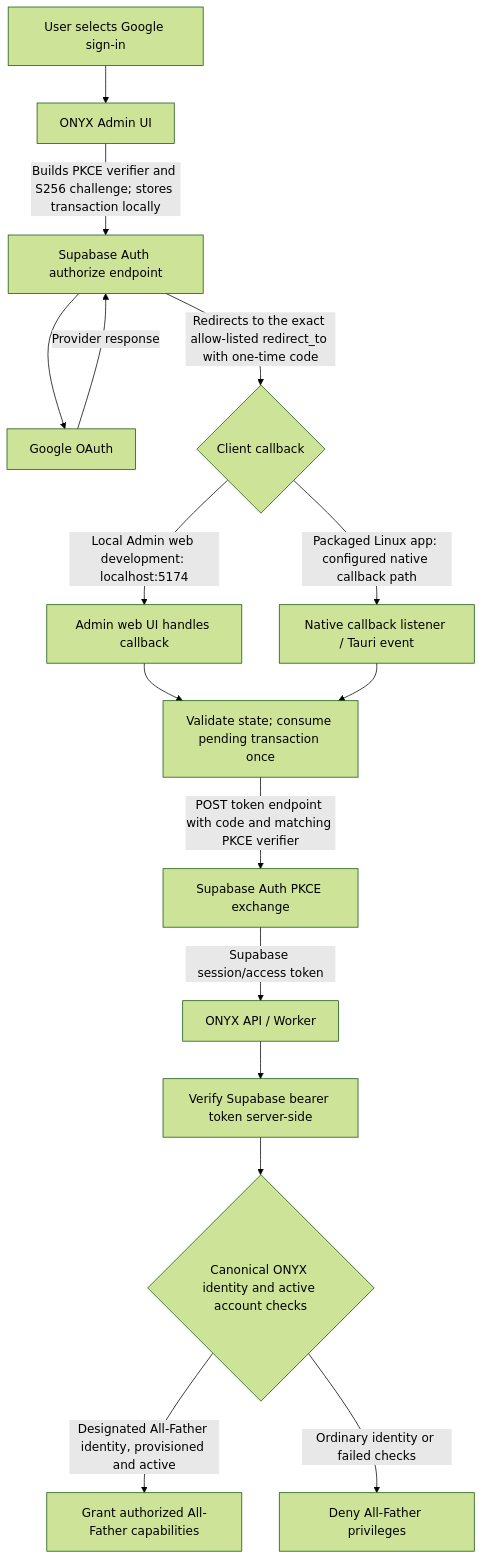
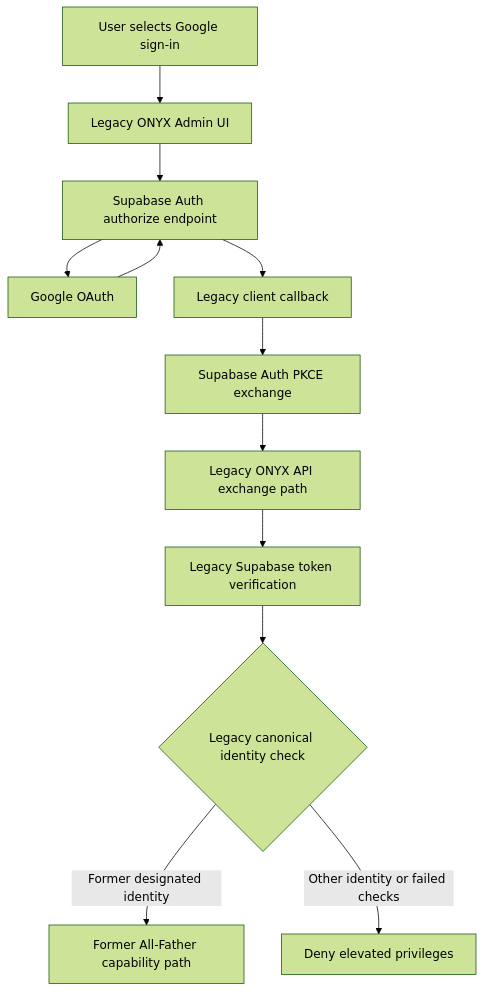
One commit to SMozaff/Onyx-Framework changed the diagram in docs/authentication/GOOGLE_OAUTH_FLOW.md. Above: the diagram before and after it, drawn with Mermaid (forest theme). The commit also changed other lines of this file, not shown here.

Commit message:
Mark retired Google OAuth flow as historical

````diff
--- a/docs/authentication/GOOGLE_OAUTH_FLOW.md
+++ b/docs/authentication/GOOGLE_OAUTH_FLOW.md
@@ -7,18 +9,14 @@
 ```mermaid
 flowchart TD
-    U[User selects Google sign-in] --> A[ONYX Admin UI]
-    A -->|Builds PKCE verifier and S256 challenge; stores transaction locally| S[Supabase Auth authorize endpoint]
+    U[User selects Google sign-in] --> A[Legacy ONYX Admin UI]
+    A --> S[Supabase Auth authorize endpoint]
     S --> G[Google OAuth]
-    G -->|Provider response| S
-    S -->|Redirects to the exact allow-listed redirect_to with one-time code| C{Client callback}
-    C -->|Local Admin web development: localhost:5174| W[Admin web UI handles callback]
-    C -->|Packaged Linux app: configured native callback path| N[Native callback listener / Tauri event]
-    W --> P[Validate state; consume pending transaction once]
-    N --> P
-    P -->|POST token endpoint with code and matching PKCE verifier| X[Supabase Auth PKCE exchange]
-    X -->|Supabase session/access token| B[ONYX API / Worker]
-    B --> V[Verify Supabase bearer token server-side]
-    V --> I{Canonical ONYX identity and active account checks}
-    I -->|Designated All-Father identity, provisioned and active| AF[Grant authorized All-Father capabilities]
-    I -->|Ordinary identity or failed checks| DENY[Deny All-Father privileges]
+    G --> S
+    S --> C[Legacy client callback]
+    C --> X[Supabase Auth PKCE exchange]
+    X --> B[Legacy ONYX API exchange path]
+    B --> V[Legacy Supabase token verification]
+    V --> I{Legacy canonical identity check}
+    I -->|Former designated identity| AF[Former All-Father capability path]
+    I -->|Other identity or failed checks| DENY[Deny elevated privileges]
 ```
````
